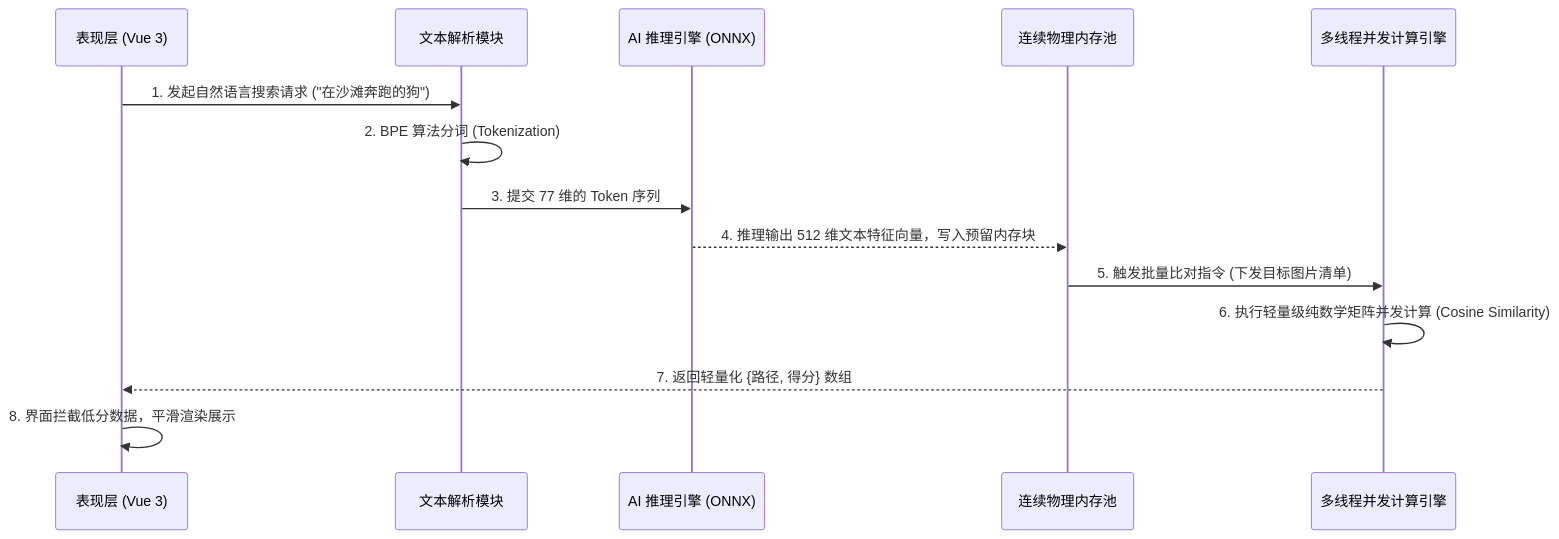
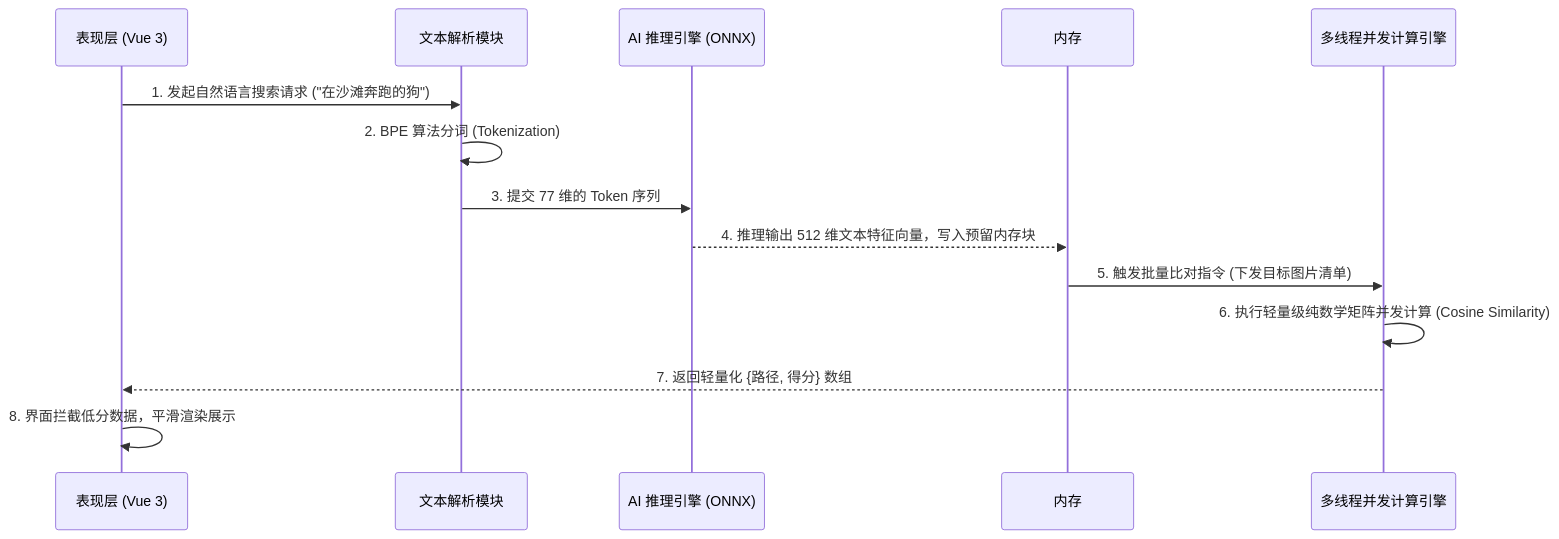
One commit to NovaMindLab/AIShare-Grabber changed the second of 2 diagrams in wiki/features/semantic_search_architecture.md. Above: the diagram before and after it, drawn with Mermaid. The commit also changed other lines of this file, not shown here.

````diff
--- a/wiki/features/semantic_search_architecture.md
+++ b/wiki/features/semantic_search_architecture.md
@@ -43,17 +43,17 @@
 ```mermaid
 sequenceDiagram
     participant Vue as 表现层 (Vue 3)
     participant NLP as 文本解析模块
     participant ONNX as AI 推理引擎 (ONNX)
-    participant Mem as 连续物理内存池
+    participant Mem as 内存
     participant Calc as 多线程并发计算引擎
 
     Vue->>NLP: 1. 发起自然语言搜索请求 ("在沙滩奔跑的狗")
     NLP->>NLP: 2. BPE 算法分词 (Tokenization)
     NLP->>ONNX: 3. 提交 77 维的 Token 序列
     ONNX-->>Mem: 4. 推理输出 512 维文本特征向量，写入预留内存块
     Mem->>Calc: 5. 触发批量比对指令 (下发目标图片清单)
     Calc->>Calc: 6. 执行轻量级纯数学矩阵并发计算 (Cosine Similarity)
     Calc-->>Vue: 7. 返回轻量化 {路径, 得分} 数组
     Vue->>Vue: 8. 界面拦截低分数据，平滑渲染展示
 ```
````
